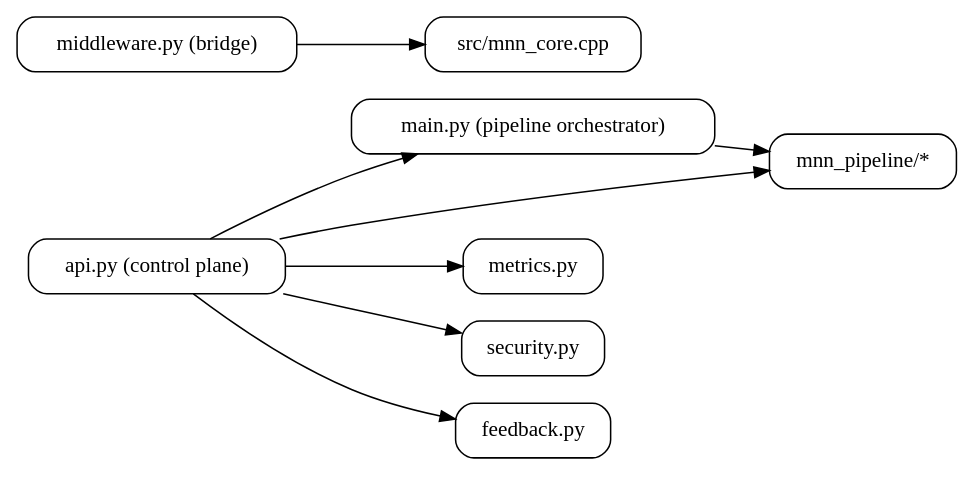
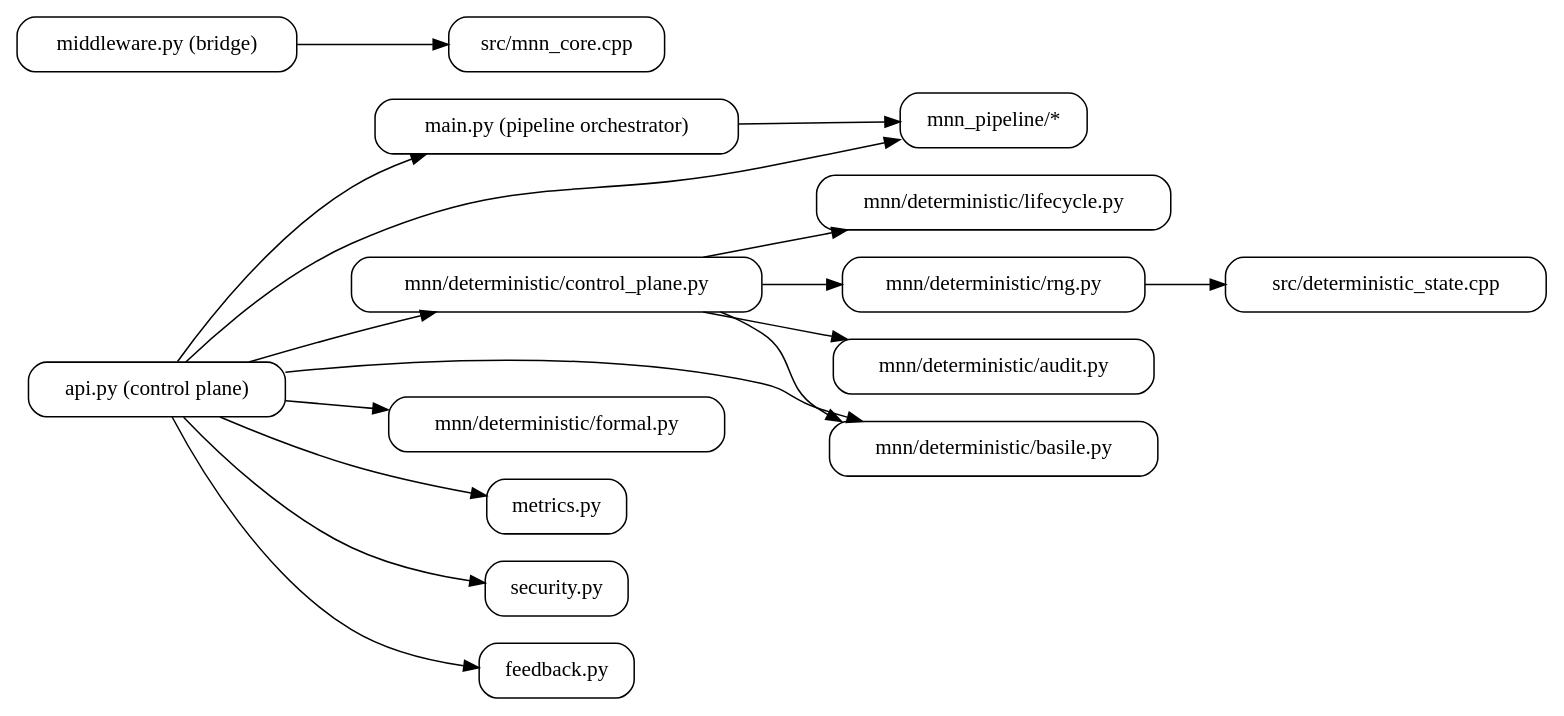
One commit to XxxGHOSTX/MNN changed the diagram in docs/deterministic/dependency_graph.dot. Above: the diagram before and after it, drawn with Graphviz. The commit also changed 41 other files, not shown here.

```diff
--- a/docs/deterministic/dependency_graph.dot
+++ b/docs/deterministic/dependency_graph.dot
@@ -1,21 +1,36 @@
 digraph thalos_prime {
   rankdir=LR;
   node [shape=box, style=rounded];
 
   api [label="api.py (control plane)"];
   mainpy [label="main.py (pipeline orchestrator)"];
   mnnpipe [label="mnn_pipeline/*"];
   mnncore [label="src/mnn_core.cpp"];
+  detstatecpp [label="src/deterministic_state.cpp"];
+  detctl [label="mnn/deterministic/control_plane.py"];
+  detlife [label="mnn/deterministic/lifecycle.py"];
+  detrng [label="mnn/deterministic/rng.py"];
+  detaudit [label="mnn/deterministic/audit.py"];
+  detbasile [label="mnn/deterministic/basile.py"];
+  detformal [label="mnn/deterministic/formal.py"];
   middleware [label="middleware.py (bridge)"];
   metrics [label="metrics.py"];
   security [label="security.py"];
   feedback [label="feedback.py"];
 
   api -> mainpy;
   api -> mnnpipe;
   api -> metrics;
   api -> security;
   api -> feedback;
+  api -> detctl;
+  api -> detformal;
+  api -> detbasile;
   mainpy -> mnnpipe;
+  detctl -> detlife;
+  detctl -> detaudit;
+  detctl -> detrng;
+  detctl -> detbasile;
   middleware -> mnncore;
+  detrng -> detstatecpp;
 }
```
